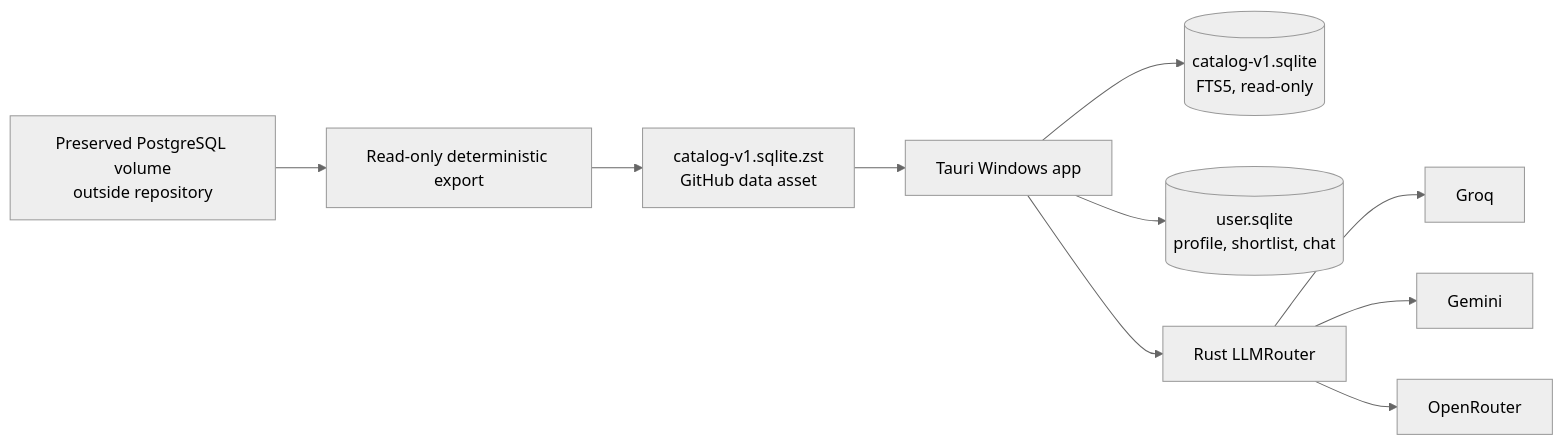
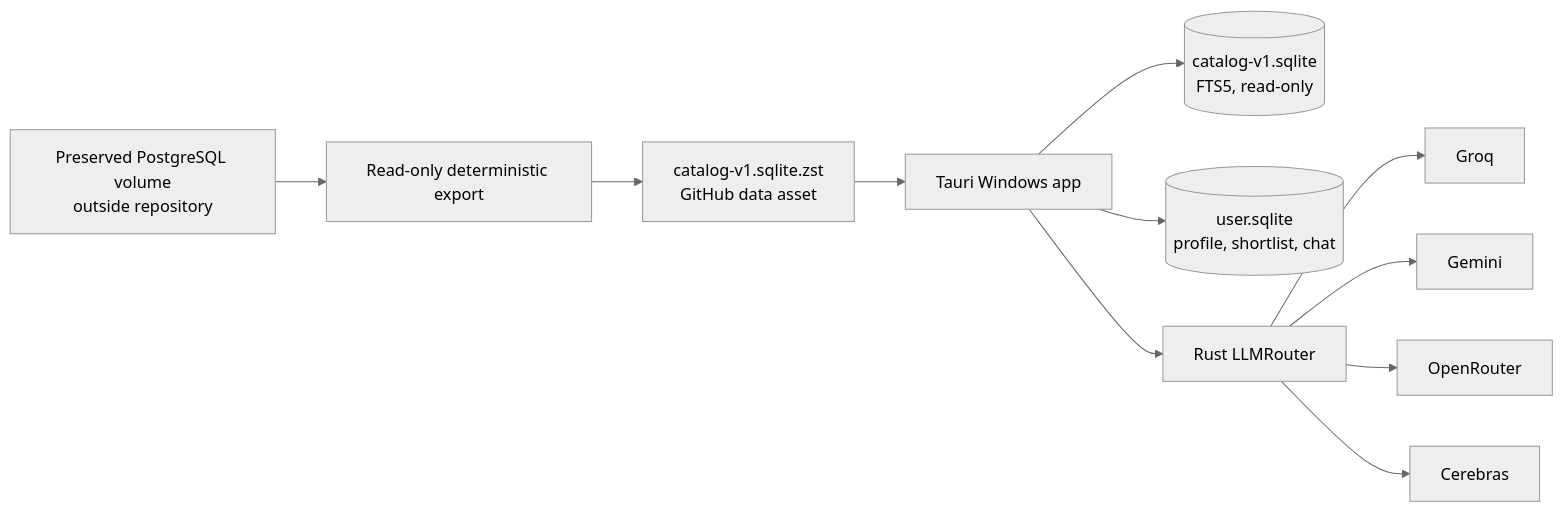
One commit to emmzde/GiveMeJob changed the diagram in docs/PLAN.md. Above: the diagram before and after it, drawn with Mermaid (neutral theme). The commit also changed other lines of this file and 43 other files, not shown here.

````diff
--- a/docs/PLAN.md
+++ b/docs/PLAN.md
@@ -37,12 +37,13 @@
 ```mermaid
 flowchart LR
     PG["Preserved PostgreSQL volume<br/>outside repository"] --> EXPORT["Read-only deterministic export"]
     EXPORT --> ARTIFACT["catalog-v1.sqlite.zst<br/>GitHub data asset"]
     ARTIFACT --> APP["Tauri Windows app"]
     APP --> CATALOG[("catalog-v1.sqlite<br/>FTS5, read-only")]
     APP --> USER[("user.sqlite<br/>profile, shortlist, chat")]
     APP --> ROUTER["Rust LLMRouter"]
     ROUTER --> GROQ["Groq"]
     ROUTER --> GEMINI["Gemini"]
     ROUTER --> OR["OpenRouter"]
+    ROUTER --> CEREBRAS["Cerebras"]
 ```
````
